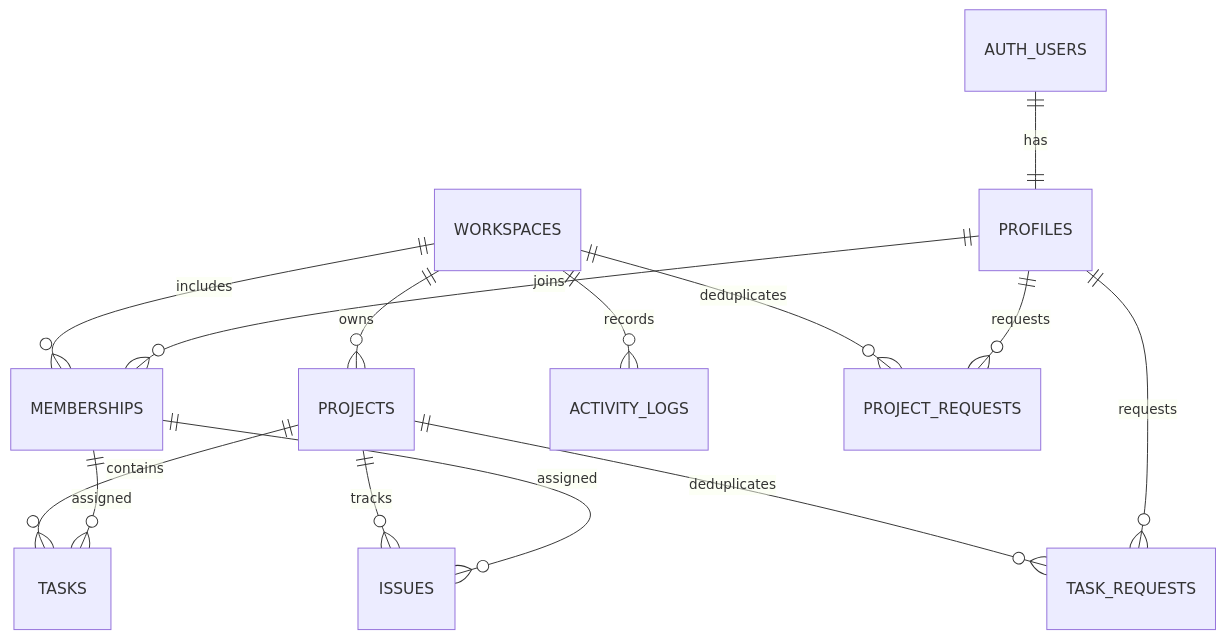
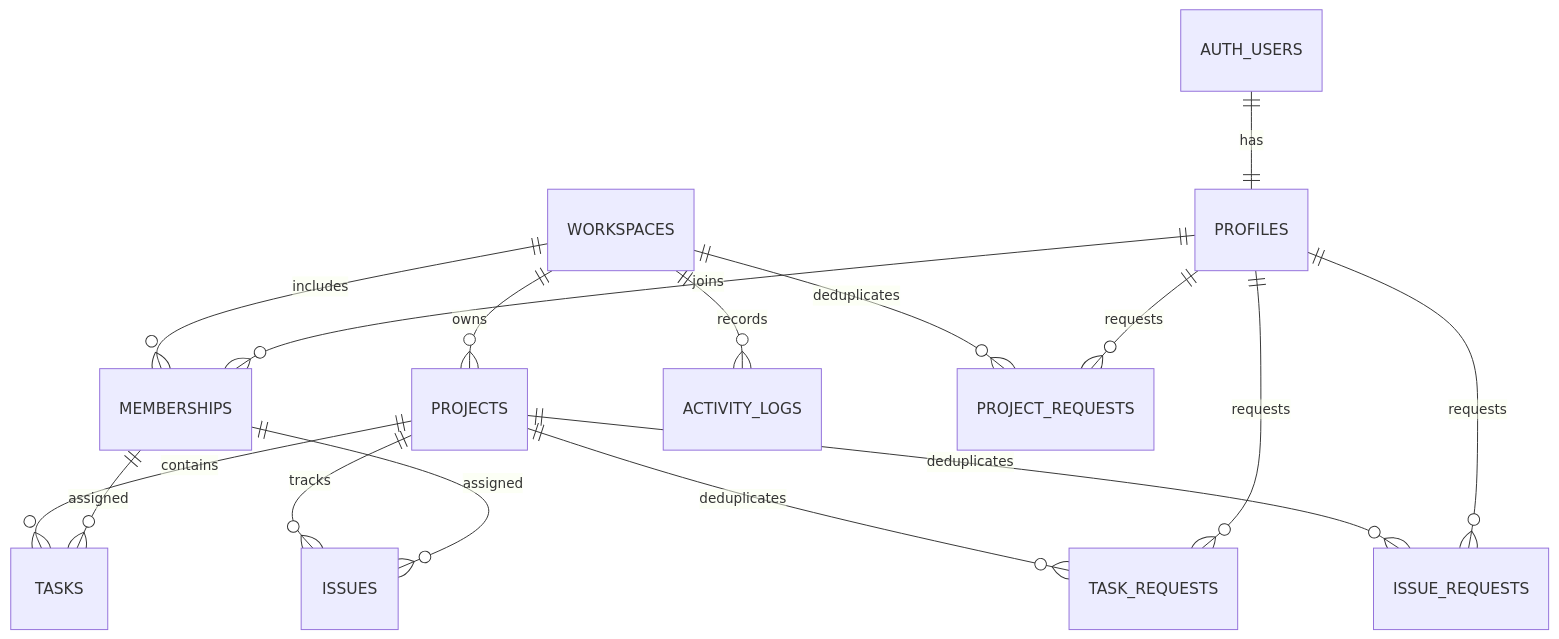
The diagram in docs/architecture/data-model.md (kiyohara1021/project-hub), drawn with Mermaid before and after one commit. The commit also changed other lines of this file and 21 other files, not shown here.

````diff
--- a/docs/architecture/data-model.md
+++ b/docs/architecture/data-model.md
@@ -5,16 +5,18 @@
 ```mermaid
 erDiagram
  AUTH_USERS ||--|| PROFILES : has
  WORKSPACES ||--o{ MEMBERSHIPS : includes
  PROFILES ||--o{ MEMBERSHIPS : joins
  WORKSPACES ||--o{ PROJECTS : owns
  PROJECTS ||--o{ TASKS : contains
  PROJECTS ||--o{ ISSUES : tracks
  MEMBERSHIPS ||--o{ TASKS : assigned
  MEMBERSHIPS ||--o{ ISSUES : assigned
  WORKSPACES ||--o{ ACTIVITY_LOGS : records
  WORKSPACES ||--o{ PROJECT_REQUESTS : deduplicates
  PROFILES ||--o{ PROJECT_REQUESTS : requests
  PROJECTS ||--o{ TASK_REQUESTS : deduplicates
  PROFILES ||--o{ TASK_REQUESTS : requests
+ PROJECTS ||--o{ ISSUE_REQUESTS : deduplicates
+ PROFILES ||--o{ ISSUE_REQUESTS : requests
 ```
````
